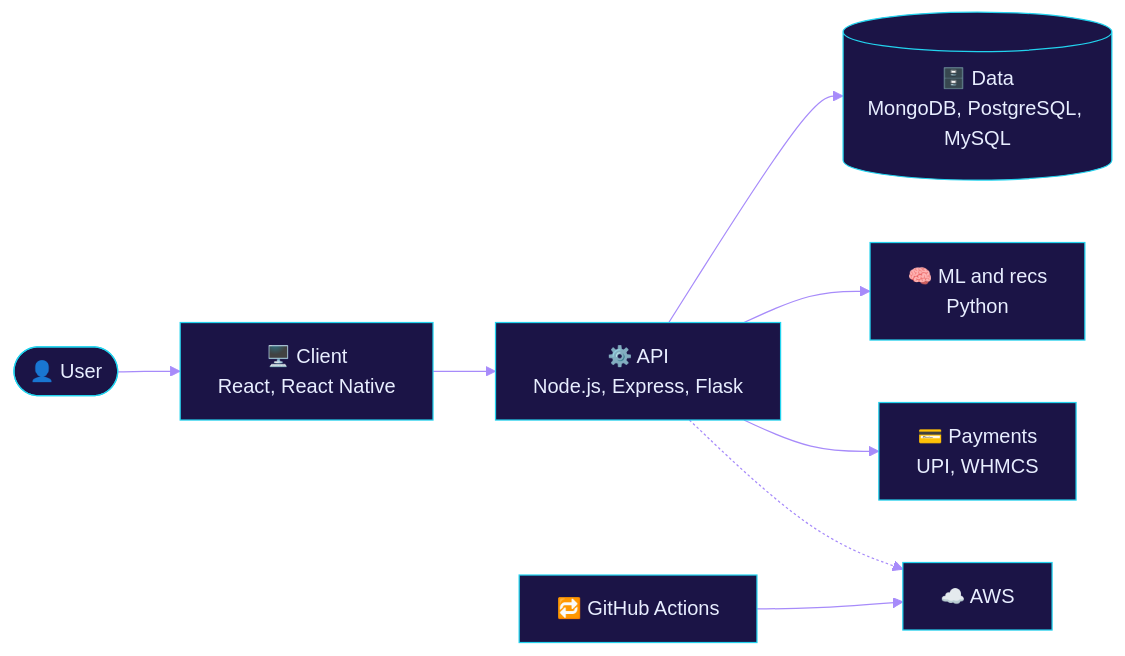
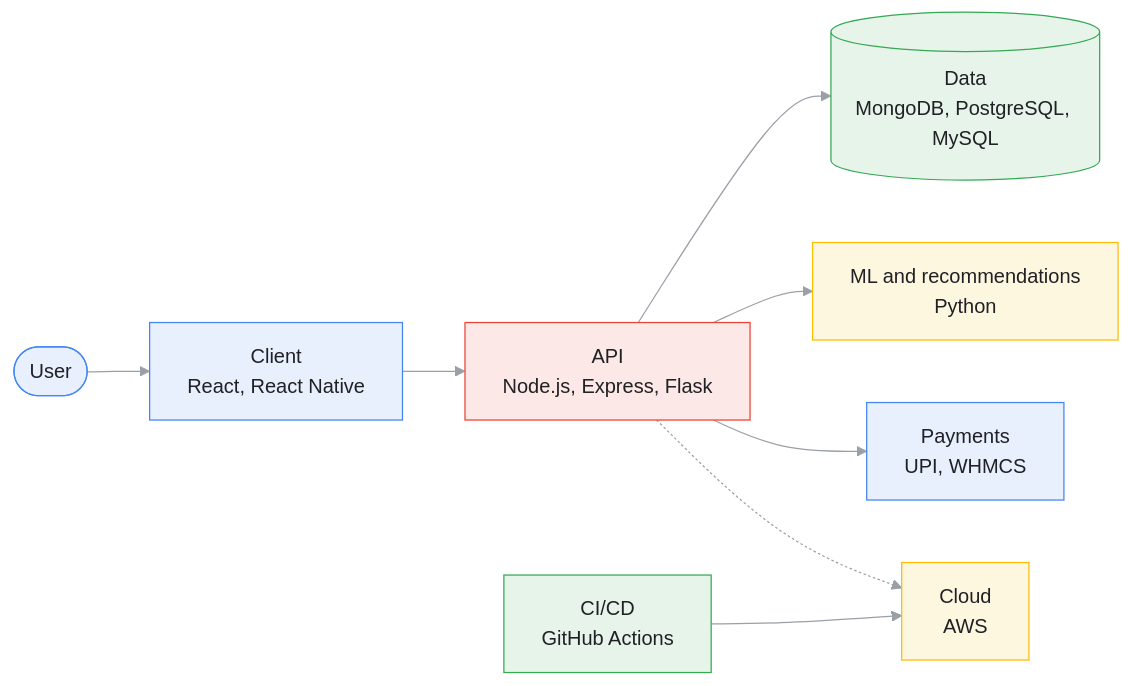
The diagram in README.md (sauravsinhadev/sauravsinhadev), drawn with Mermaid before and after one commit. The commit also changed other lines of this file and 5 other files, not shown here.

````diff
--- a/README.md
+++ b/README.md
@@ -105,11 +141,19 @@
 ```mermaid
-%%{init: {'theme':'base','themeVariables':{'primaryColor':'#1b1446','primaryTextColor':'#e8eeff','primaryBorderColor':'#22d3ee','lineColor':'#a78bfa','tertiaryColor':'#0b0e24','fontFamily':'monospace'}}}%%
+%%{init: {'theme':'base','themeVariables':{'primaryColor':'#e8f0fe','primaryTextColor':'#202124','primaryBorderColor':'#4285f4','lineColor':'#9aa0a6','fontFamily':'Roboto, Arial, sans-serif'}}}%%
 flowchart LR
-    U(["👤 User"]) --> C["🖥️ Client<br/>React, React Native"]
-    C --> A["⚙️ API<br/>Node.js, Express, Flask"]
-    A --> D[("🗄️ Data<br/>MongoDB, PostgreSQL, MySQL")]
-    A --> M["🧠 ML and recs<br/>Python"]
-    A --> P["💳 Payments<br/>UPI, WHMCS"]
-    CI["🔁 GitHub Actions"] --> AWS["☁️ AWS"]
+    U(["User"]) --> C["Client<br/>React, React Native"]
+    C --> A["API<br/>Node.js, Express, Flask"]
+    A --> D[("Data<br/>MongoDB, PostgreSQL, MySQL")]
+    A --> M["ML and recommendations<br/>Python"]
+    A --> P["Payments<br/>UPI, WHMCS"]
+    CI["CI/CD<br/>GitHub Actions"] --> AWS["Cloud<br/>AWS"]
     A -.-> AWS
+    classDef blue fill:#e8f0fe,stroke:#4285f4,color:#202124
+    classDef red fill:#fce8e6,stroke:#ea4335,color:#202124
+    classDef yellow fill:#fef7e0,stroke:#fbbc04,color:#202124
+    classDef green fill:#e6f4ea,stroke:#34a853,color:#202124
+    class C,P blue
+    class A red
+    class M,AWS yellow
+    class D,CI green
 ```
````
